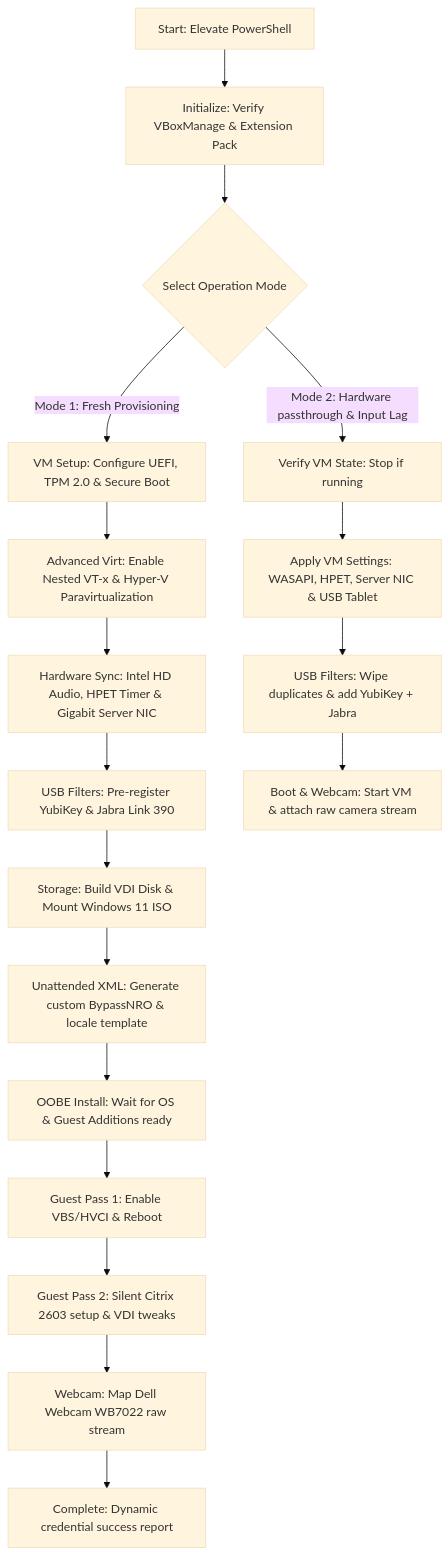
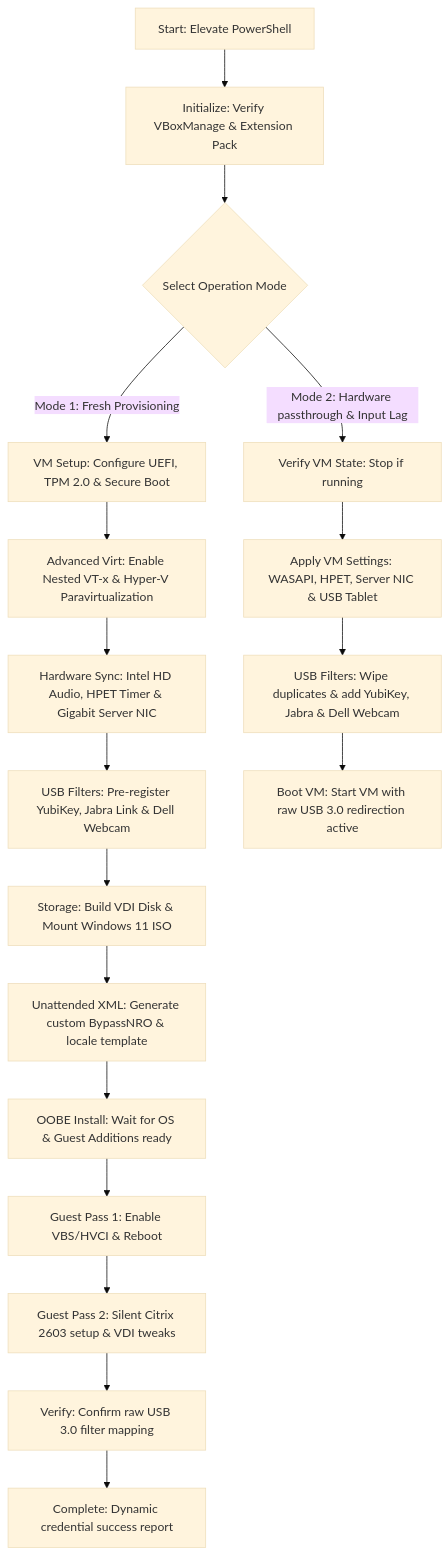
Before and after one commit to cyarwood80/VB_Citrix: the diagram in README.md, drawn with Mermaid (base theme). The commit also changed other lines of this file and 2 other files, not shown here.

Commit message:
Refactor Dell Webcam mapping to use native raw USB 3.0 filter redirection instead of emulated attach

````diff
--- a/README.md
+++ b/README.md
@@ -27,22 +27,22 @@
 ```mermaid
 graph TD
     A[Start: Elevate PowerShell] --> B[Initialize: Verify VBoxManage & Extension Pack]
     B --> C{Select Operation Mode}
     
     C -->|Mode 1: Fresh Provisioning| D[VM Setup: Configure UEFI, TPM 2.0 & Secure Boot]
     D --> E[Advanced Virt: Enable Nested VT-x & Hyper-V Paravirtualization]
     E --> F[Hardware Sync: Intel HD Audio, HPET Timer & Gigabit Server NIC]
-    F --> G[USB Filters: Pre-register YubiKey & Jabra Link 390]
+    F --> G[USB Filters: Pre-register YubiKey, Jabra Link & Dell Webcam]
     G --> H[Storage: Build VDI Disk & Mount Windows 11 ISO]
     H --> I[Unattended XML: Generate custom BypassNRO & locale template]
     I --> J[OOBE Install: Wait for OS & Guest Additions ready]
     J --> K[Guest Pass 1: Enable VBS/HVCI & Reboot]
     K --> L[Guest Pass 2: Silent Citrix 2603 setup & VDI tweaks]
-    L --> M[Webcam: Map Dell Webcam WB7022 raw stream]
+    L --> M[Verify: Confirm raw USB 3.0 filter mapping]
     M --> N[Complete: Dynamic credential success report]
     
     C -->|Mode 2: Hardware passthrough & Input Lag| O[Verify VM State: Stop if running]
     O --> P[Apply VM Settings: WASAPI, HPET, Server NIC & USB Tablet]
-    P --> Q[USB Filters: Wipe duplicates & add YubiKey + Jabra]
-    Q --> R[Boot & Webcam: Start VM & attach raw camera stream]
+    P --> Q[USB Filters: Wipe duplicates & add YubiKey, Jabra & Dell Webcam]
+    Q --> R[Boot VM: Start VM with raw USB 3.0 redirection active]
 ```
````
